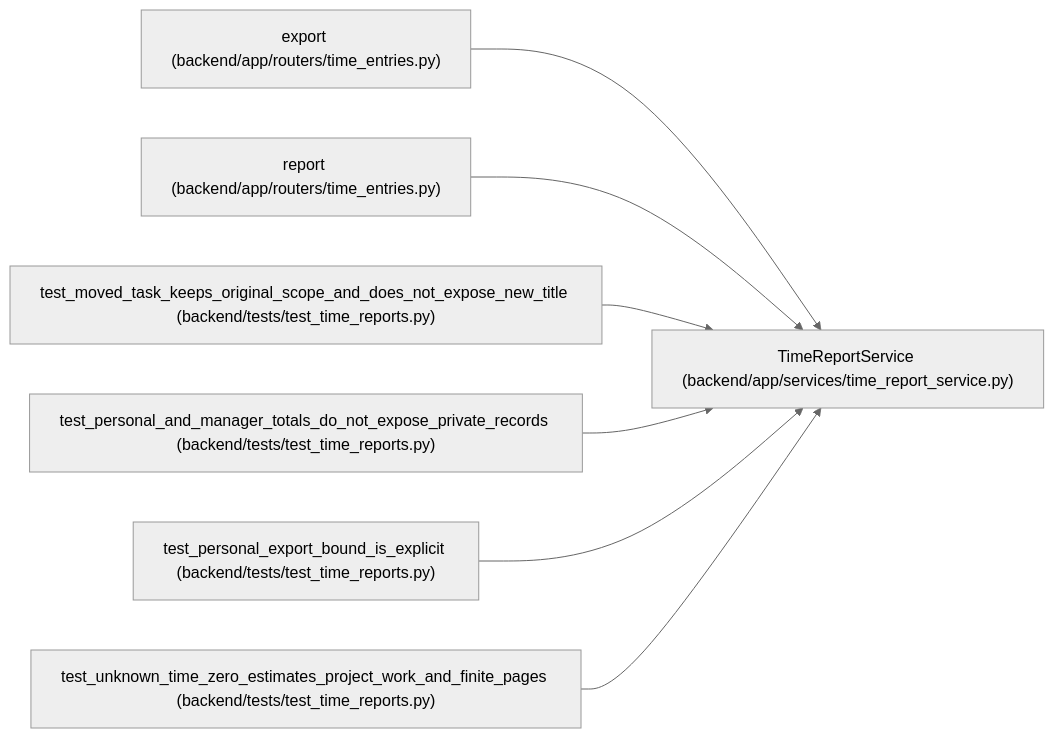
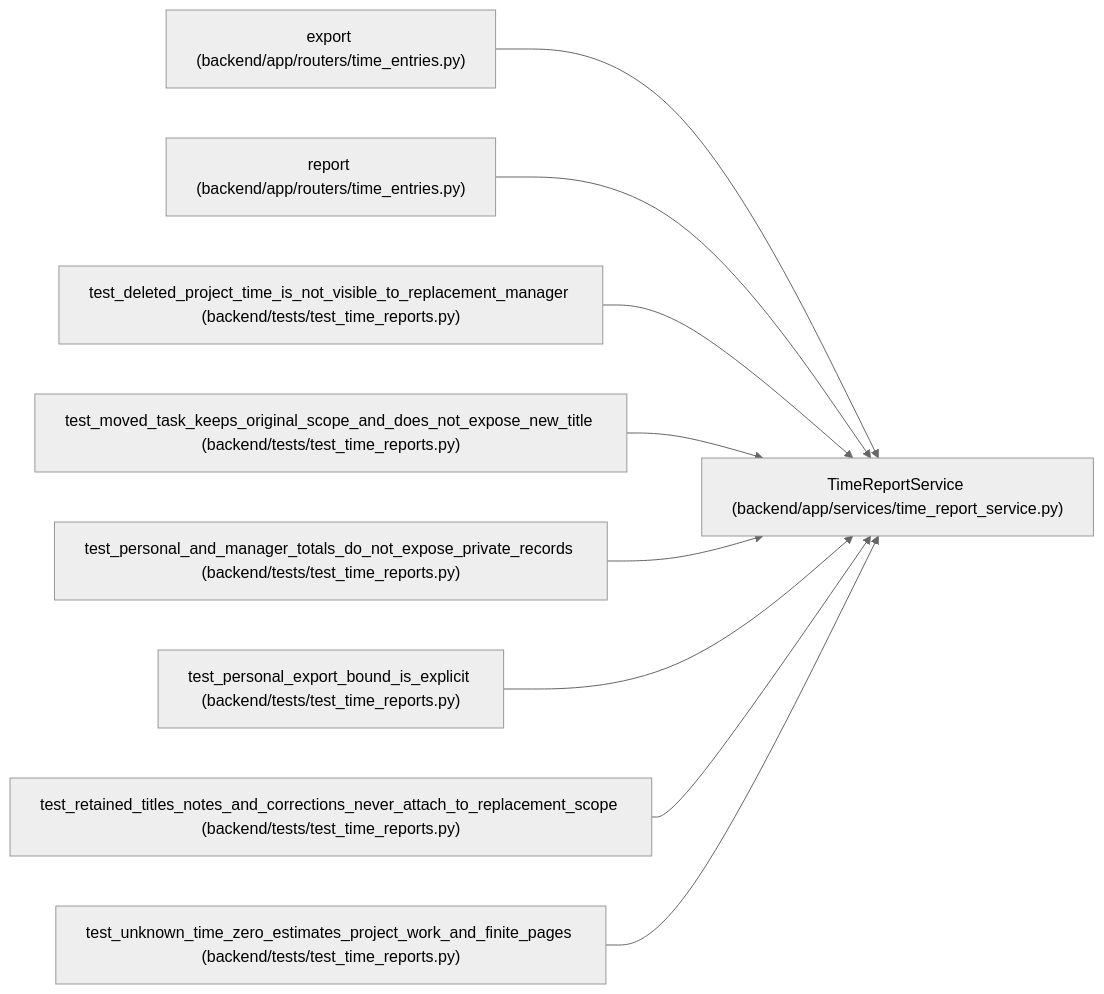
One commit to Denissvgn/WorkChord changed the diagram in docs/llm_wiki/entities/TimeReportService.md. Above: the diagram before and after it, drawn with Mermaid (neutral theme). The commit also changed other lines of this file and 10148 other files, not shown here.

````diff
--- a/docs/llm_wiki/entities/TimeReportService.md
+++ b/docs/llm_wiki/entities/TimeReportService.md
@@ -30,23 +30,29 @@
 ```mermaid
 flowchart LR
     n0["TimeReportService (backend/app/services/time_report_service.py)"]
     n1["export (backend/app/routers/time_entries.py)"]
     n2["report (backend/app/routers/time_entries.py)"]
-    n3["test_moved_task_keeps_original_scope_and_does_not_expose_new_title (backend/tests/test_time_reports.py)"]
-    n4["test_personal_and_manager_totals_do_not_expose_private_records (backend/tests/test_time_reports.py)"]
-    n5["test_personal_export_bound_is_explicit (backend/tests/test_time_reports.py)"]
-    n6["test_unknown_time_zero_estimates_project_work_and_finite_pages (backend/tests/test_time_reports.py)"]
+    n3["test_deleted_project_time_is_not_visible_to_replacement_manager (backend/tests/test_time_reports.py)"]
+    n4["test_moved_task_keeps_original_scope_and_does_not_expose_new_title (backend/tests/test_time_reports.py)"]
+    n5["test_personal_and_manager_totals_do_not_expose_private_records (backend/tests/test_time_reports.py)"]
+    n6["test_personal_export_bound_is_explicit (backend/tests/test_time_reports.py)"]
+    n7["test_retained_titles_notes_and_corrections_never_attach_to_replacement_scope (backend/tests/test_time_reports.py)"]
+    n8["test_unknown_time_zero_estimates_project_work_and_finite_pages (backend/tests/test_time_reports.py)"]
     n1 --> n0
     n2 --> n0
     n3 --> n0
     n4 --> n0
     n5 --> n0
     n6 --> n0
+    n7 --> n0
+    n8 --> n0
     click n0 "../modules/time_report_service.md"
     click n1 "../modules/time_entries.md"
     click n2 "../modules/time_entries.md"
     click n3 "../modules/test_time_reports.md"
     click n4 "../modules/test_time_reports.md"
     click n5 "../modules/test_time_reports.md"
     click n6 "../modules/test_time_reports.md"
+    click n7 "../modules/test_time_reports.md"
+    click n8 "../modules/test_time_reports.md"
 ```
````
